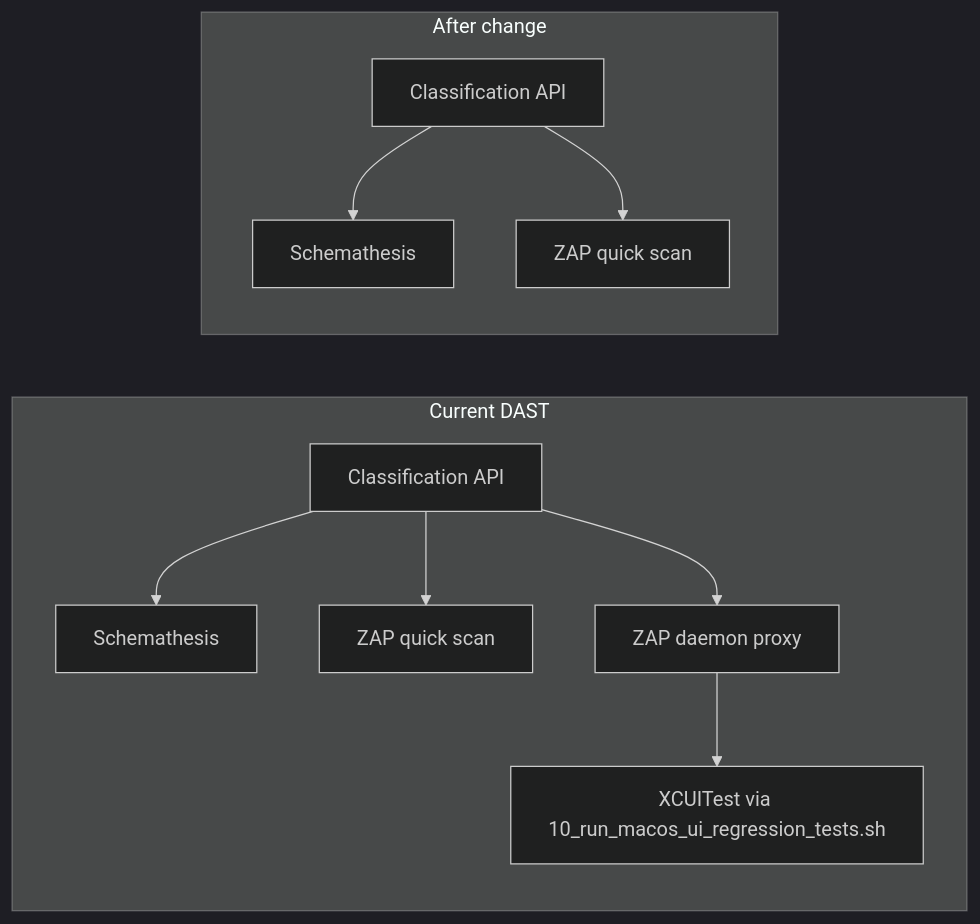
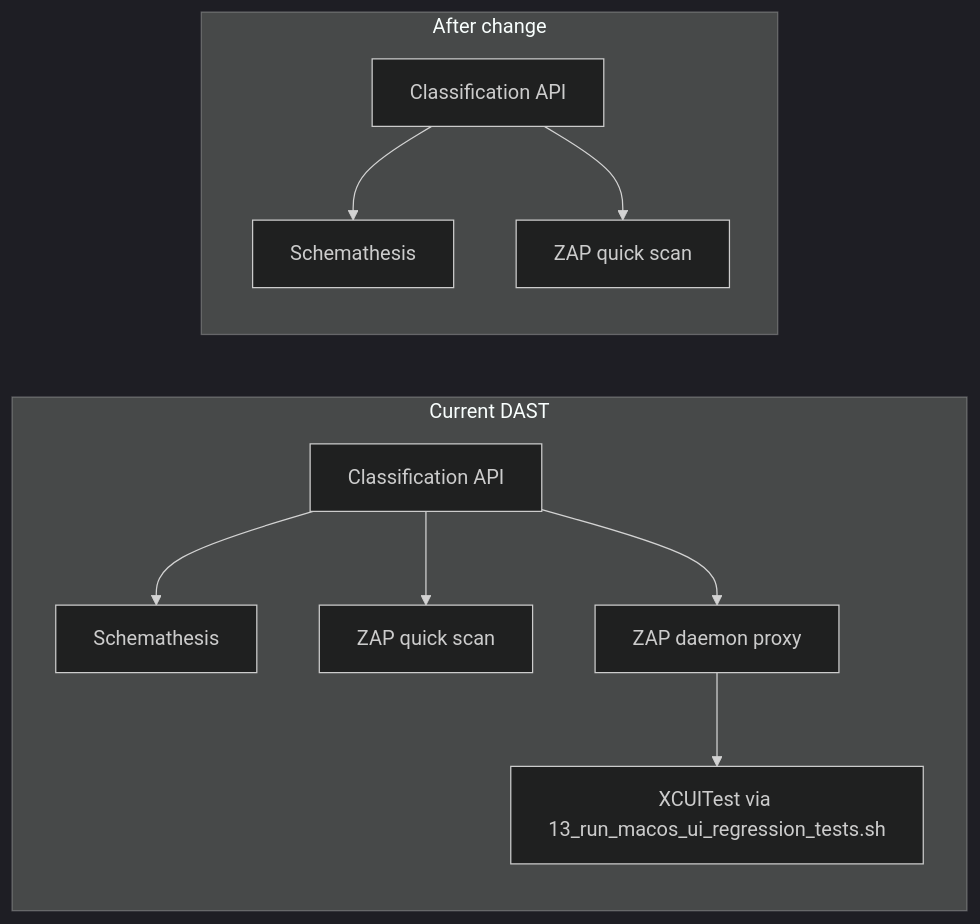
One commit to phil-bryant/teller changed the diagram in .cursor/plans/remove_macos_ui_dast_63d70787.plan.md. Above: the diagram before and after it, drawn with Mermaid (dark theme). The commit also changed other lines of this file and 65 other files, not shown here.

````diff
--- a/.cursor/plans/remove_macos_ui_dast_63d70787.plan.md
+++ b/.cursor/plans/remove_macos_ui_dast_63d70787.plan.md
@@ -38,21 +38,21 @@
 ```mermaid
 flowchart LR
   subgraph before [Current DAST]
     API[Classification API]
     SCH[Schemathesis]
     ZAPQ[ZAP quick scan]
     ZAPD[ZAP daemon proxy]
-  UI[XCUITest via 10_run_macos_ui_regression_tests.sh]
+  UI[XCUITest via 13_run_macos_ui_regression_tests.sh]
     API --> SCH
     API --> ZAPQ
     API --> ZAPD
     ZAPD --> UI
   end
   subgraph after [After change]
     API2[Classification API]
     SCH2[Schemathesis]
     ZAPQ2[ZAP quick scan]
     API2 --> SCH2
     API2 --> ZAPQ2
   end
 ```
````
